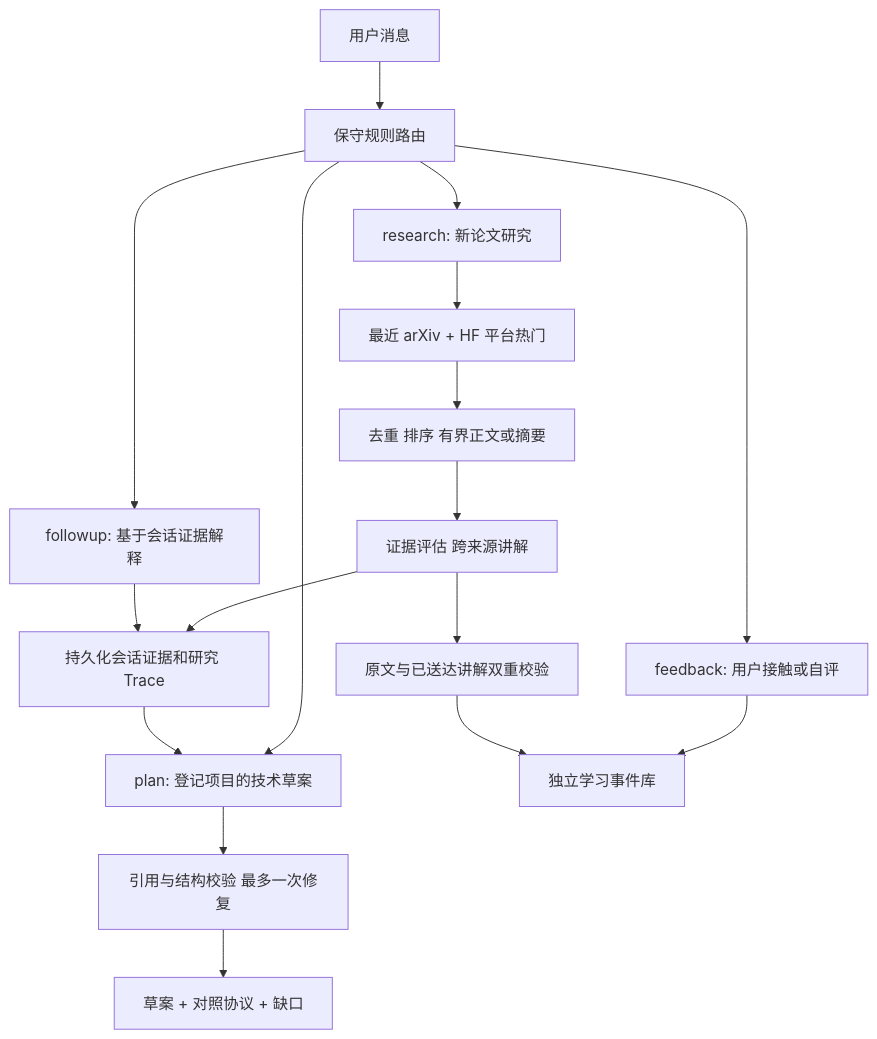
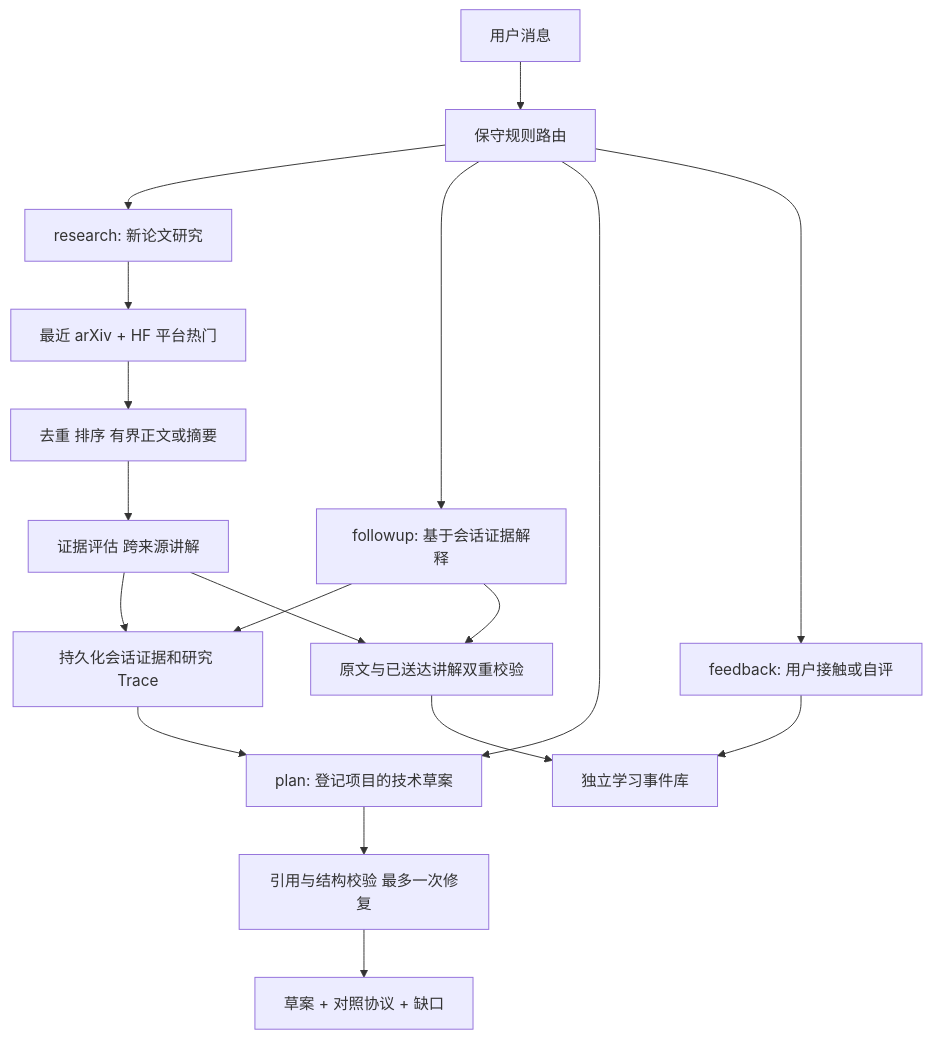
One commit to Marina-016/lodestar changed the diagram in docs/agent-architecture.md. Above: the diagram before and after it, drawn with Mermaid. The commit also changed other lines of this file and 12 other files, not shown here.

````diff
--- a/docs/agent-architecture.md
+++ b/docs/agent-architecture.md
@@ -5,19 +5,20 @@
 ```mermaid
 flowchart TD
   Q[用户消息] --> R[保守规则路由]
   R --> D[research: 新论文研究]
   R --> F[followup: 基于会话证据解释]
   R --> P[plan: 登记项目的技术草案]
   R --> M[feedback: 用户接触或自评]
   D --> S[最近 arXiv + HF 平台热门]
   S --> E[去重 排序 有界正文或摘要]
   E --> A[证据评估 跨来源讲解]
   A --> H[持久化会话证据和研究 Trace]
   F --> H
+  F --> X
   H --> P
   M --> L[独立学习事件库]
   A --> X[原文与已送达讲解双重校验]
   X --> L
   P --> V[引用与结构校验 最多一次修复]
   V --> T[草案 + 对照协议 + 缺口]
 ```
````
